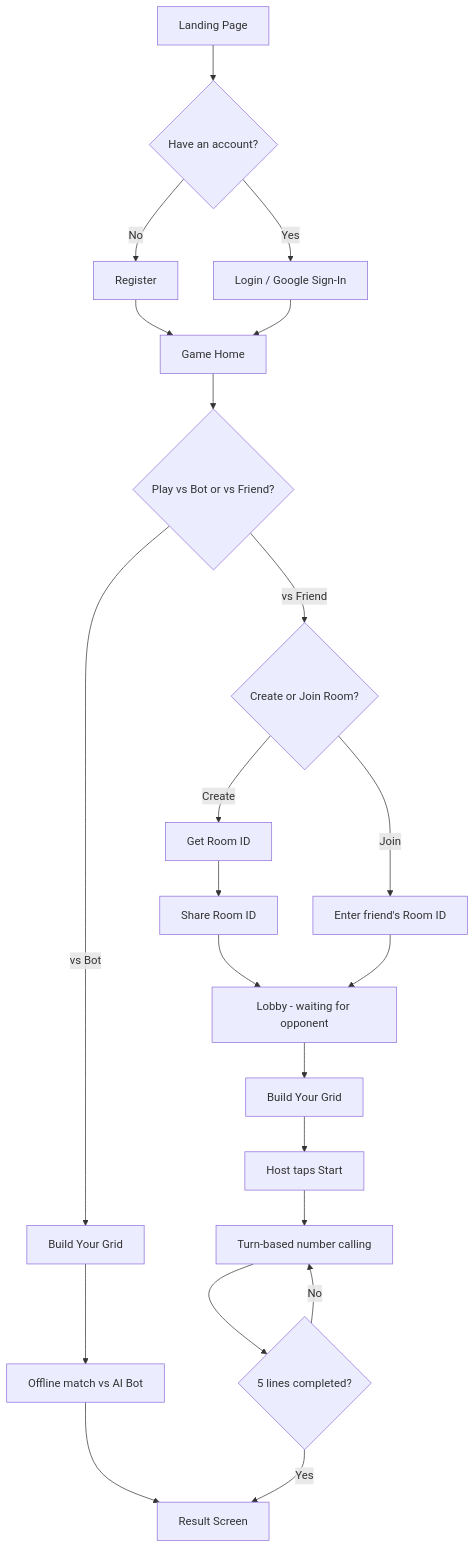
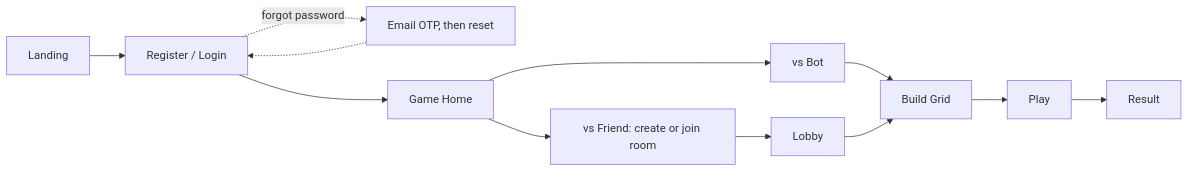
The first of 4 diagrams in README.md (aj-aditya19/BingoGame), drawn with Mermaid before and after one commit. The commit also changed other lines of this file and 15 other files, not shown here.

````diff
--- a/README.md
+++ b/README.md
@@ -56,26 +59,10 @@
 ```mermaid
-flowchart TD
-    A[Landing Page] --> B{Have an account?}
-    B -- No --> C[Register]
-    B -- Yes --> D[Login / Google Sign-In]
-    C --> E[Game Home]
-    D --> E[Game Home]
-
-    E --> F{Play vs Bot or vs Friend?}
-
-    F -- vs Bot --> G1[Build Your Grid]
-    G1 --> H[Offline match vs AI Bot]
-    H --> R[Result Screen]
-
-    F -- vs Friend --> I{Create or Join Room?}
-    I -- Create --> J[Get Room ID] --> K[Share Room ID]
-    I -- Join --> L[Enter friend's Room ID]
-    K --> N[Lobby - waiting for opponent]
-    L --> N
-    N --> G2[Build Your Grid]
-    G2 --> O[Host taps Start]
-    O --> P[Turn-based number calling]
-    P --> Q{5 lines completed?}
-    Q -- No --> P
-    Q -- Yes --> R
+flowchart LR
+    A[Landing] --> B[Register / Login]
+    B -.->|forgot password| F[Email OTP, then reset]
+    F -.-> B
+    B --> C[Game Home]
+    C --> D[vs Bot] --> G[Build Grid]
+    C --> E[vs Friend: create or join room] --> L[Lobby] --> G
+    G --> H[Play] --> R[Result]
 ```
````
